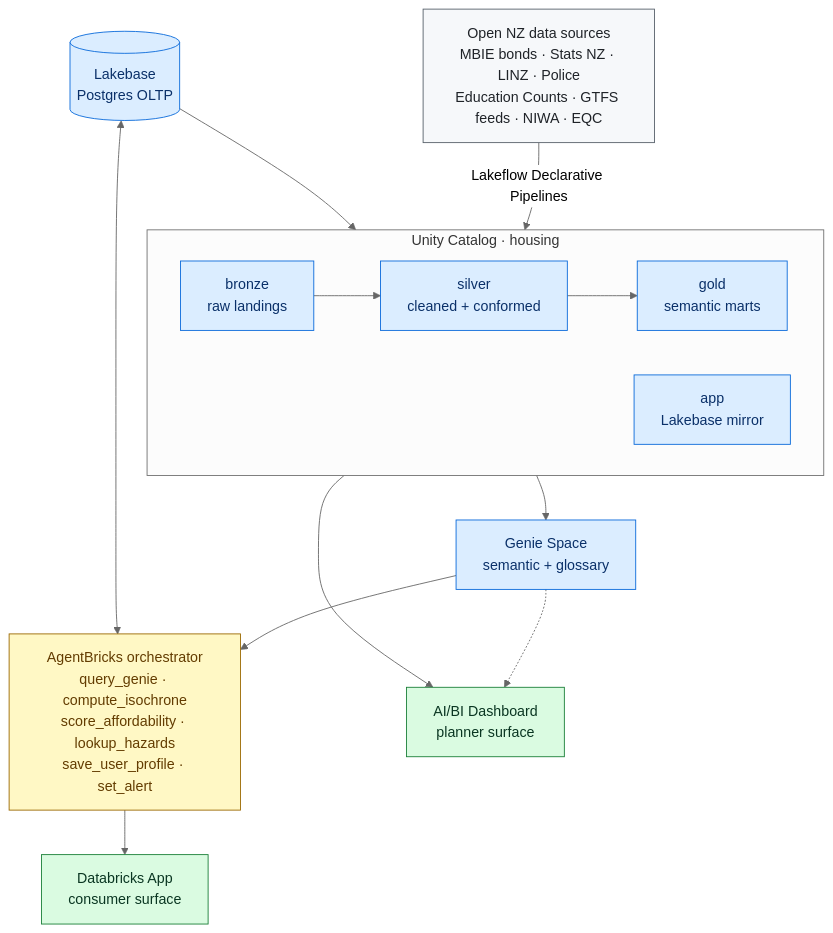
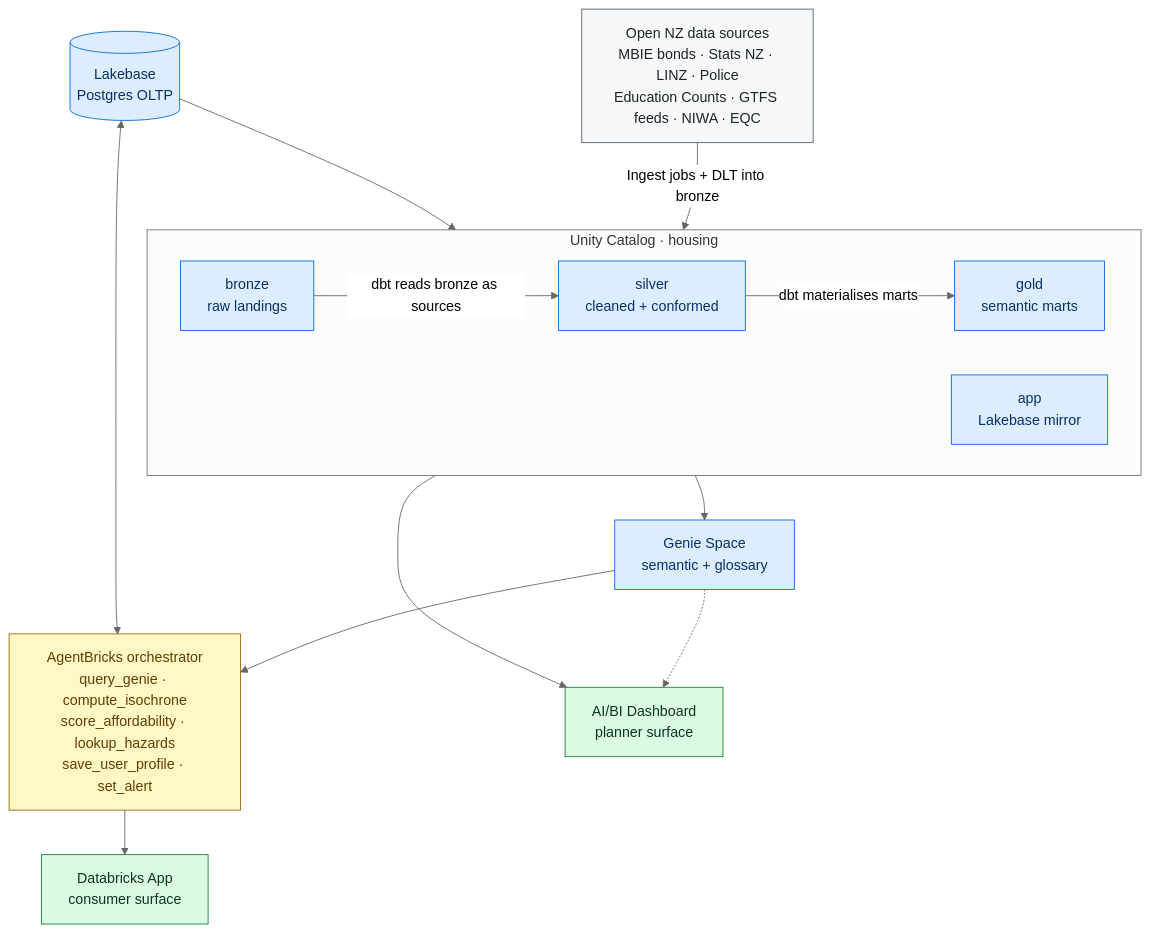
One commit to victorlou/housing-assistant changed the diagram in docs/architecture.md. Above: the diagram before and after it, drawn with Mermaid (neutral theme). The commit also changed other lines of this file and 21 other files, not shown here.

````diff
--- a/docs/architecture.md
+++ b/docs/architecture.md
@@ -22,37 +22,38 @@
 ```mermaid
 flowchart TB
     classDef sourceStyle fill:#f6f8fa,stroke:#57606a,color:#1f2328
     classDef lakeStyle fill:#dbedff,stroke:#0969da,color:#0a3069
     classDef agentStyle fill:#fff8c5,stroke:#9a6700,color:#633c01
     classDef surfaceStyle fill:#dafbe1,stroke:#1a7f37,color:#0a3622
 
     Sources["Open NZ data sources<br>MBIE bonds · Stats NZ · LINZ · Police<br>Education Counts · GTFS feeds · NIWA · EQC"]
 
     subgraph UC["Unity Catalog · housing"]
       direction LR
       B["bronze<br>raw landings"]
       Si["silver<br>cleaned + conformed"]
       G["gold<br>semantic marts"]
       Ap["app<br>Lakebase mirror"]
-      B --> Si --> G
     end
 
-    Sources -- "Lakeflow Declarative Pipelines" --> B
+    Sources -- "Ingest jobs + DLT into bronze" --> B
+    B -- "dbt reads bronze as sources" --> Si
+    Si -- "dbt materialises marts" --> G
 
     G --> Genie["Genie Space<br>semantic + glossary"]
     LB[("Lakebase<br>Postgres OLTP")] --> Ap
 
     Genie --> Agent
     LB <--> Agent
 
     Agent["AgentBricks orchestrator<br>query_genie · compute_isochrone<br>score_affordability · lookup_hazards<br>save_user_profile · set_alert"]
 
     Agent --> AppUI["Databricks App<br>consumer surface"]
     G --> Dash["AI/BI Dashboard<br>planner surface"]
     Genie -.-> Dash
 
     class Sources sourceStyle
     class B,Si,G,Ap,Genie,LB lakeStyle
     class Agent agentStyle
     class AppUI,Dash surfaceStyle
 ```
````
